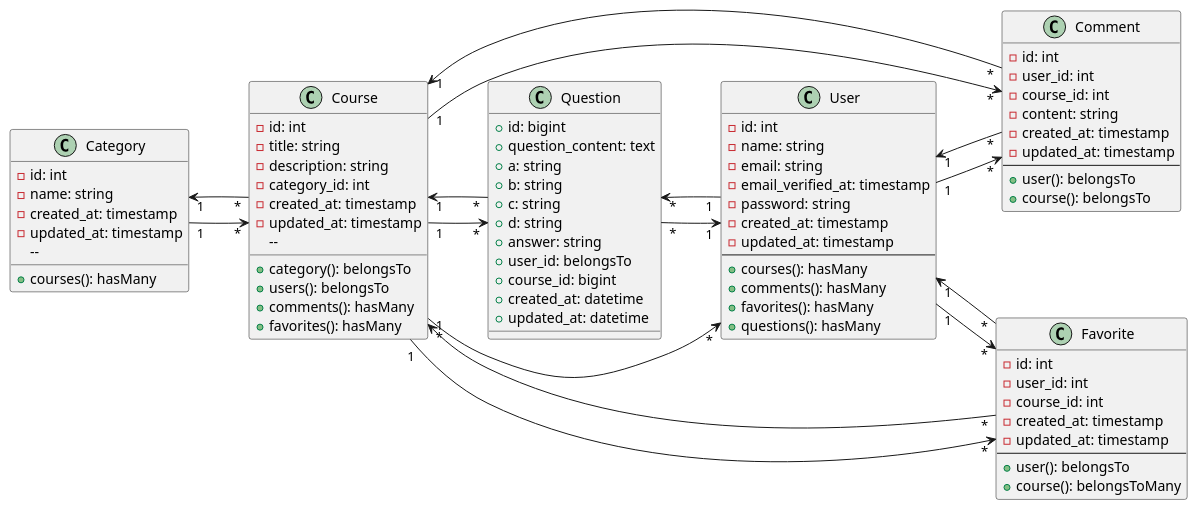
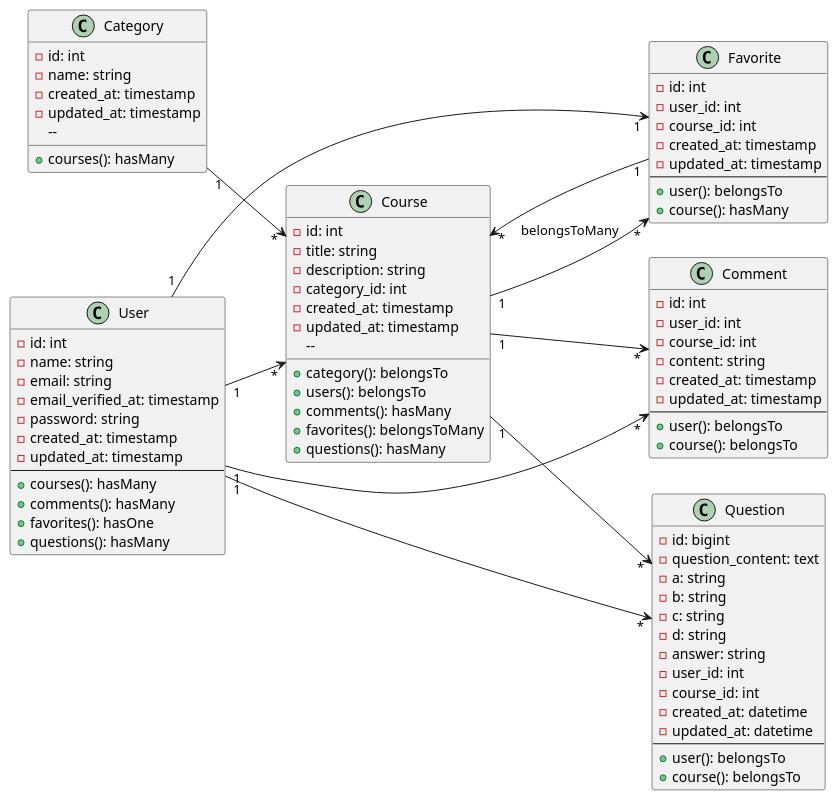
Before and after one commit to LyThanhHao/Final_Project: the diagram in classDiagram.puml, drawn with PlantUML. The commit also changed 14 other files, not shown here.

```diff
--- a/classDiagram.puml
+++ b/classDiagram.puml
@@ -1,96 +1,94 @@
 @startuml
 
 left to right direction
 
 class Category {
   -id: int
   -name: string
   -created_at: timestamp
   -updated_at: timestamp
   -- 
   +courses(): hasMany
 }
 
 class Course {
   -id: int
   -title: string
   -description: string
   -category_id: int
   -created_at: timestamp
   -updated_at: timestamp
   -- 
   +category(): belongsTo
   +users(): belongsTo
   +comments(): hasMany
-  +favorites(): hasMany
+  +favorites(): belongsToMany
+  +questions(): hasMany
 }
 
 class User {
   -id: int
   -name: string
   -email: string
   -email_verified_at: timestamp
   -password: string
   -created_at: timestamp
   -updated_at: timestamp
   --
   +courses(): hasMany
   +comments(): hasMany
-  +favorites(): hasMany
+  +favorites(): hasOne
   +questions(): hasMany
 }
 
 class Comment {
   -id: int
   -user_id: int
   -course_id: int
   -content: string
   -created_at: timestamp
   -updated_at: timestamp
   --
   +user(): belongsTo
   +course(): belongsTo
 }
 
 class Favorite {
   -id: int
   -user_id: int
   -course_id: int
   -created_at: timestamp
   -updated_at: timestamp
   --
   +user(): belongsTo
-  +course(): belongsToMany
+  +course(): hasMany
 }
 
 class Question {
-    +id: bigint
-    +question_content: text
-    +a: string
-    +b: string
-    +c: string
-    +d: string
-    +answer: string
-    +user_id: belongsTo
-    +course_id: bigint
-    +created_at: datetime
-    +updated_at: datetime
+    -id: bigint
+    -question_content: text
+    -a: string
+    -b: string
+    -c: string
+    -d: string
+    -answer: string
+    -user_id: int
+    -course_id: int
+    -created_at: datetime
+    -updated_at: datetime
+    --
+    +user(): belongsTo
+    +course(): belongsTo
 }
 
-Category "1" --> "*" Course
-Course "*" --> "1" Category
-Course "*" --> "*" User
+Category "1" --> "*" Course 
+User "1" --> "*" Course
+Course "1" --> "*" Favorite : "belongsToMany"
+Favorite "1" --> "*" Course
+Course "1" --> "*" Question
 User "1" --> "*" Comment
 Course "1" --> "*" Comment
-User "1" --> "*" Favorite
-Course "1" --> "*" Favorite
+User "1" --> "1" Favorite
 User "1" --> "*" Question
-Course "1" --> "*" Question
-Comment "*" --> "1" User
-Comment "*" --> "1" Course
-Favorite "*" --> "1" User
-Favorite "*" --> "1" Course
-Question "*" --> "1" User
-Question "*" --> "1" Course
 
 @enduml
```
